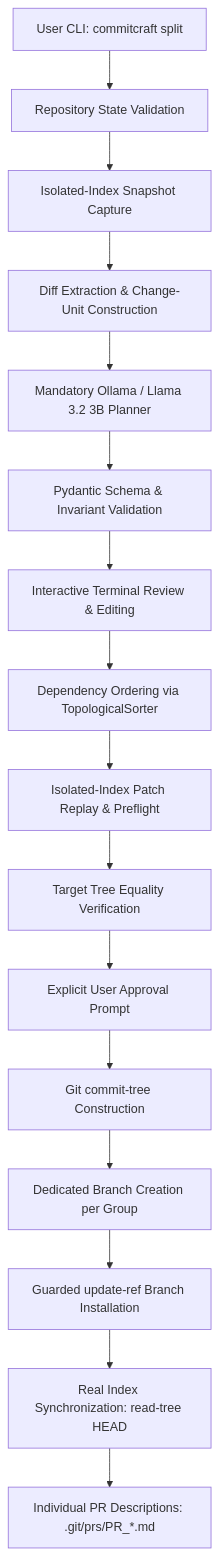
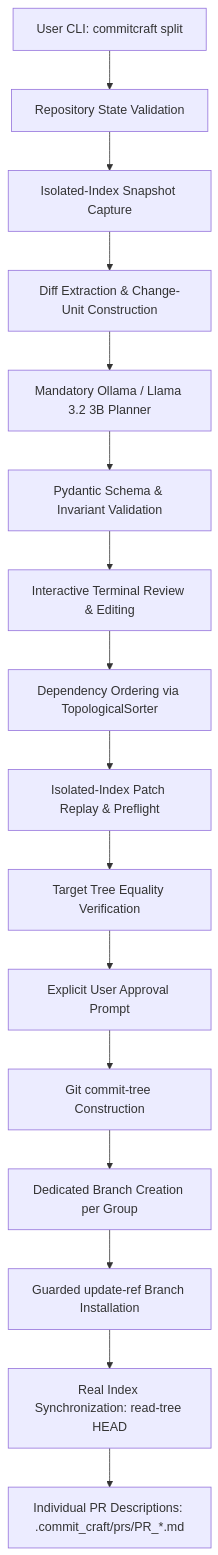
The diagram in README.md (Team-NoName-Devs/CommitCraft), drawn with Mermaid before and after one commit. The commit also changed 5 other files, not shown here.

First line of the commit message:
feat(pr): store individual PR descriptions in dedicated .commit_craft/prs folder (#8)

````diff
--- a/README.md
+++ b/README.md
@@ -28,18 +28,18 @@
 ```mermaid
 flowchart TD
     A[User CLI: commitcraft split] --> B[Repository State Validation]
     B --> C[Isolated-Index Snapshot Capture]
     C --> D[Diff Extraction & Change-Unit Construction]
     D --> E[Mandatory Ollama / Llama 3.2 3B Planner]
     E --> F[Pydantic Schema & Invariant Validation]
     F --> G[Interactive Terminal Review & Editing]
     G --> H[Dependency Ordering via TopologicalSorter]
     H --> I[Isolated-Index Patch Replay & Preflight]
     I --> J[Target Tree Equality Verification]
     J --> K[Explicit User Approval Prompt]
     K --> L[Git commit-tree Construction]
     L --> M[Dedicated Branch Creation per Group]
     M --> N[Guarded update-ref Branch Installation]
     N --> O[Real Index Synchronization: read-tree HEAD]
-    O --> P[Individual PR Descriptions: .git/prs/PR_*.md]
+    O --> P[Individual PR Descriptions: .commit_craft/prs/PR_*.md]
 ```
````
